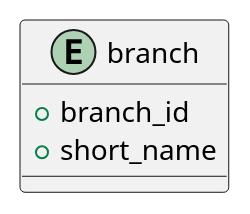
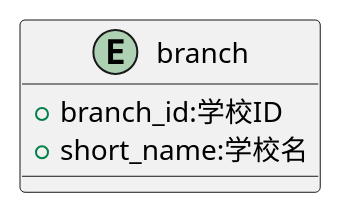
The diagram in Entity/branch.pu (popoposorara/ERP_ER), drawn with PlantUML before and after one commit. The commit also changed 5 other files, not shown here.

```diff
--- a/Entity/branch.pu
+++ b/Entity/branch.pu
@@ -1,8 +1,8 @@
 @startuml
 
 entity "branch" {
-    + branch_id
-    + short_name
+    + branch_id:学校ID
+    + short_name:学校名
 }
 
 @enduml
```
